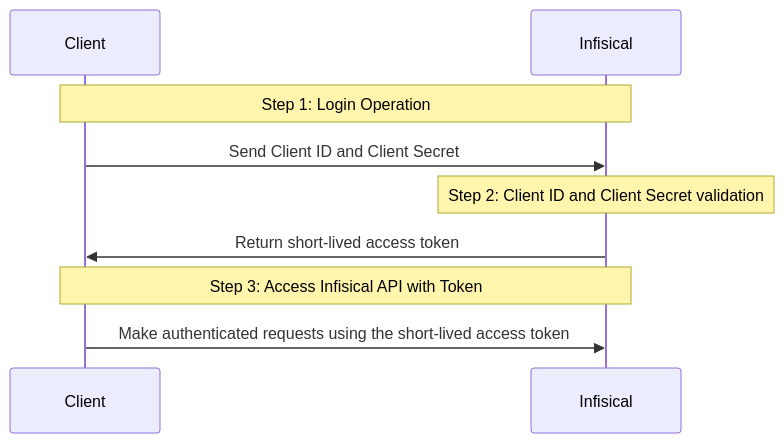
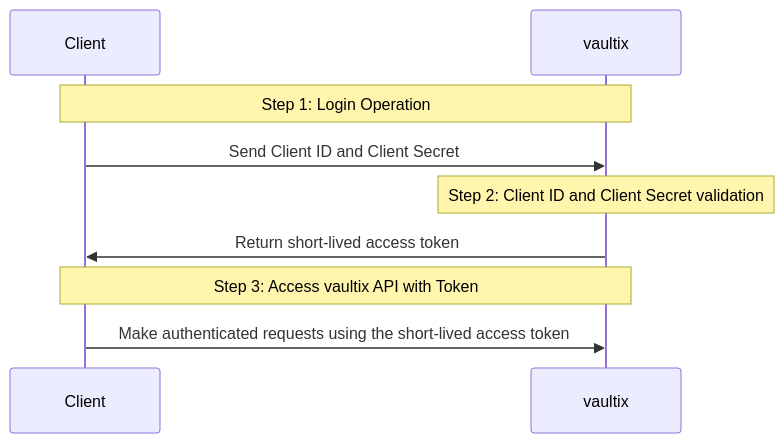
The diagram in core/docs/documentation/platform/identities/universal-auth.mdx (shippinAI/vaultix), drawn with Mermaid before and after one commit. The commit also changed other lines of this file and 1202 other files, not shown here.

````diff
--- a/core/docs/documentation/platform/identities/universal-auth.mdx
+++ b/core/docs/documentation/platform/identities/universal-auth.mdx
@@ -13,14 +13,14 @@
 ```mermaid
 sequenceDiagram
   participant Client as Client
-  participant Infis as Infisical
+  participant Infis as vaultix
 
   Note over Client,Infis: Step 1: Login Operation
   Client->>Infis: Send Client ID and Client Secret
 
   Note over Infis: Step 2: Client ID and Client Secret validation
   Infis->>Client: Return short-lived access token
 
-  Note over Client,Infis: Step 3: Access Infisical API with Token
+  Note over Client,Infis: Step 3: Access vaultix API with Token
   Client->>Infis: Make authenticated requests using the short-lived access token
 ```
````
